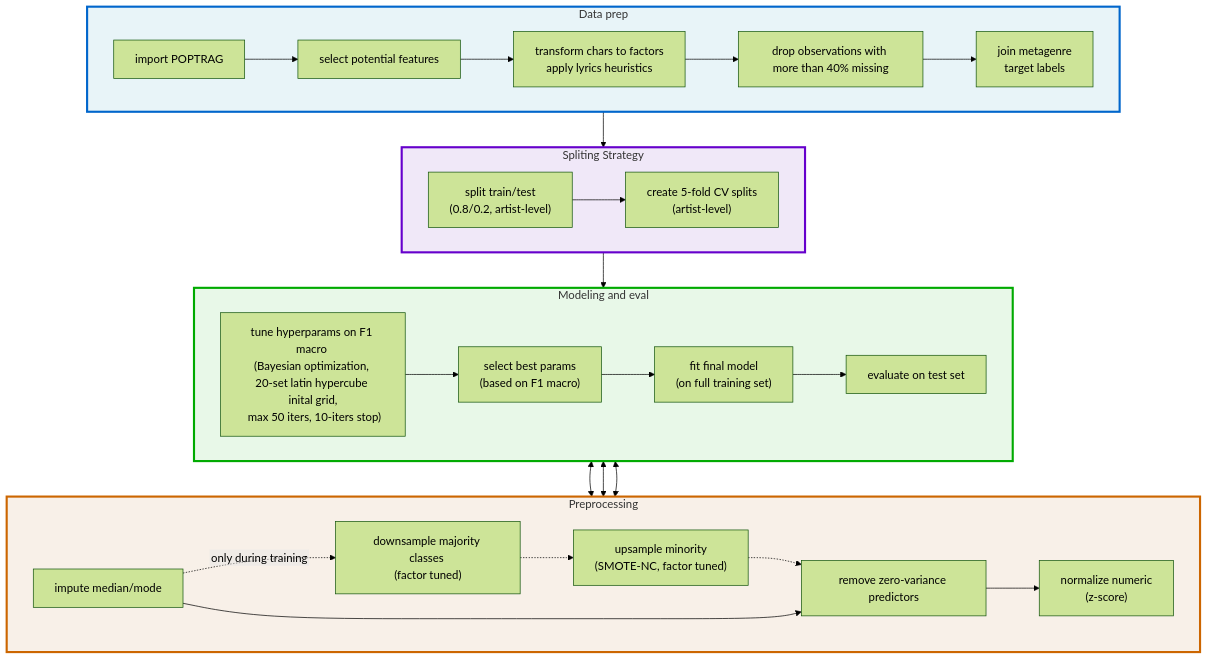
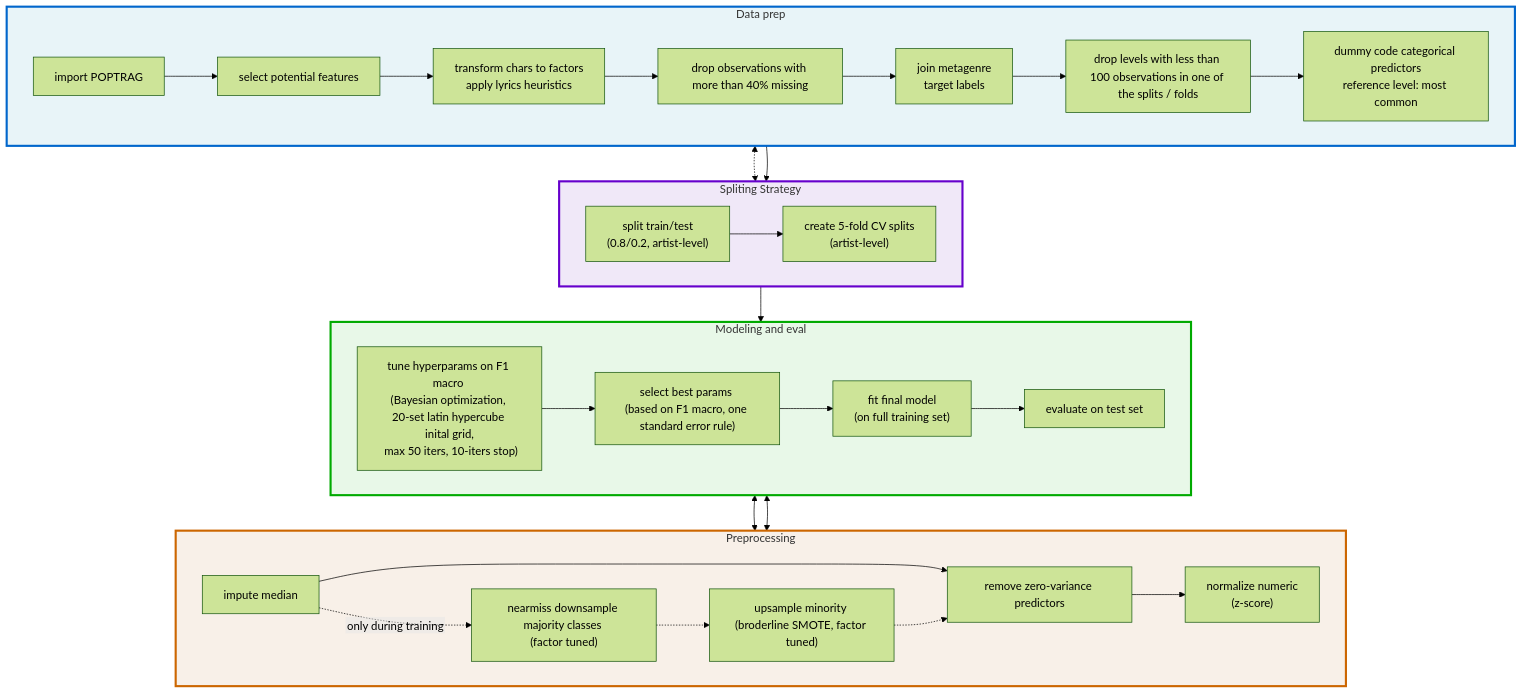
The diagram in inst/05_classifier.qmd (markusradke/GenreDiscourseAnalysis), drawn with Mermaid (forest theme) before and after one commit. The commit also changed 8 other files, not shown here.

Commit message:
add dummy coding for all model types and bsmote nearmiss

````diff
--- a/inst/05_classifier.qmd
+++ b/inst/05_classifier.qmd
@@ -44,62 +44,68 @@
 ```{mermaid}
 %%{init: {
   'flowchart': {
     'useMaxWidth': true,
     'htmlLabels': false
   }
 }}%%
 
 flowchart TB
  subgraph Data["Data prep"]
     direction LR
-        B["select potential features"]
-        A["import POPTRAG"]
-        C["transform chars to factors </br> apply lyrics heuristics"]
-        D["drop observations with more than 40% missing"]
-        E["join metagenre </br>target labels"]
+        import["import POPTRAG"]
+        select["select potential features"]
+        transform["transform chars to factors </br> apply lyrics heuristics"]
+        casewise["drop observations with more than 40% missing"]
+        target["join metagenre </br>target labels"]
+        minn["drop levels with less than 100 observations in one of the splits / folds"]
+        dummy["dummy code categorical predictors</br>reference level: most common"]
   end
  subgraph Split["Spliting Strategy"]
     direction LR
-        F["split train/test <br> (0.8/0.2, artist-level)"]
-        H["create 5-fold CV splits </br>(artist-level)"]
+        testtrain["split train/test <br> (0.8/0.2, artist-level)"]
+        cvfold["create 5-fold CV splits </br>(artist-level)"]
   end
  subgraph Pre["Preprocessing"]
     direction LR
-        I["impute median/mode"]
-        J["downsample majority classes </br>(factor tuned)"]
-        K["upsample minority </br>(SMOTE-NC, factor tuned)"]
-        N["remove zero-variance predictors"]
-        O["normalize numeric </br>(z-score)"]
+        impute["impute median"]
+        down["nearmiss downsample majority classes </br>(factor tuned)"]
+        up["upsample minority </br>(broderline SMOTE, factor tuned)"]
+        rmzv["remove zero-variance predictors"]
+        normalize["normalize numeric </br>(z-score)"]
   end
  subgraph Model["Modeling and eval"]
     direction LR
-        P["tune hyperparams on F1 macro </br>(Bayesian optimization, </br>20-set latin hypercube inital grid,</br> max 50 iters, 10-iters stop)"]
-        Q["select best params </br>(based on F1 macro)"]
-        R["fit final model </br>(on full training set)"]
-        S["evaluate on test set"]
+        tune["tune hyperparams on F1 macro </br>(Bayesian optimization, </br>20-set latin hypercube inital grid,</br> max 50 iters, 10-iters stop)"]
+        best["select best params </br>(based on F1 macro, one standard error rule)"]
+        finalfit["fit final model </br>(on full training set)"]
+        evaluate["evaluate on test set"]
   end
-    A --> B
-    B --> C
-    C --> D
-    D --> E
-    F --> H
-    I -. only during training .-> J
-    J -.-> K
-    K -.-> N
-    N --> O
-    I --> N
-    P --> Q 
-    P <--> Pre
-    Q --> R
-    R --> S 
-    R <--> Pre
-    Data --> Split
+    import --> select
+    select --> transform
+    transform --> casewise
+    casewise --> target
+    target --> minn
+    minn --> dummy
+    minn <-.-> Split
+
+    testtrain --> cvfold
+
+    impute -. only during training .-> down
+    impute --> rmzv
+    down -.-> up
+    up -.-> rmzv
+    rmzv --> normalize
+    tune --> best
+    tune <--> Pre
+    best --> finalfit
+    finalfit --> evaluate
+    evaluate <--> Pre
+    dummy --> Split
     Split --> Model
-    S <--> Pre
 
     style Pre fill:#f8f0e8,stroke:#cc6600,stroke-width:3px,color:#000
     style Data fill:#e8f4f8,stroke:#0066cc,stroke-width:3px,color:#000
     style Split fill:#f0e8f8,stroke:#6600cc,stroke-width:3px,color:#000
     style Model fill:#e8f8e8,stroke:#00aa00,stroke-width:3px,color:#000
   
 ```
````
